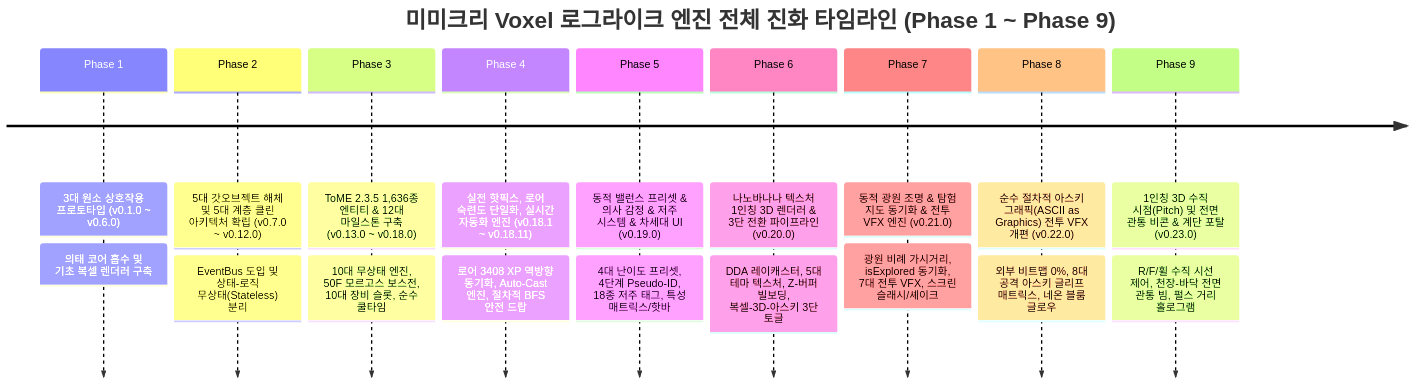
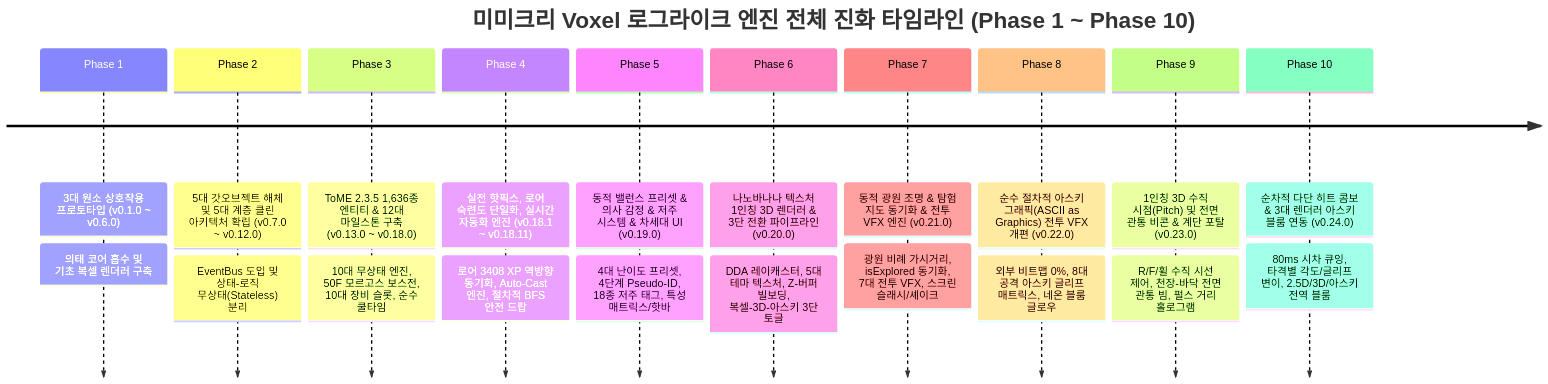
The diagram in DEVELOPMENT_LOG.md (loverspath/mimicry_voxel), drawn with Mermaid before and after one commit. The commit also changed other lines of this file and 12 other files, not shown here.

Commit message:
feat(vfx): Implement Phase 2 Physical 5-Methods & Magic 4-Categories ASCII Graphical Combat & Spell VFX Engine

````diff
--- a/DEVELOPMENT_LOG.md
+++ b/DEVELOPMENT_LOG.md
@@ -20,22 +20,24 @@
 ```mermaid
 timeline
-    title 미미크리 Voxel 로그라이크 엔진 전체 진화 타임라인 (Phase 1 ~ Phase 9)
+    title 미미크리 Voxel 로그라이크 엔진 전체 진화 타임라인 (Phase 1 ~ Phase 10)
     Phase 1 : 3대 원소 상호작용 프로토타입 (v0.1.0 ~ v0.6.0)
             : 의태 코어 흡수 및 기초 복셀 렌더러 구축
     Phase 2 : 5대 갓오브젝트 해체 및 5대 계층 클린 아키텍처 확립 (v0.7.0 ~ v0.12.0)
             : EventBus 도입 및 상태-로직 무상태(Stateless) 분리
     Phase 3 : ToME 2.3.5 1,636종 엔티티 & 12대 마일스톤 구축 (v0.13.0 ~ v0.18.0)
             : 10대 무상태 엔진, 50F 모르고스 보스전, 10대 장비 슬롯, 순수 쿨타임
     Phase 4 : 실전 핫픽스, 로어 숙련도 단일화, 실시간 자동화 엔진 (v0.18.1 ~ v0.18.11)
             : 로어 3408 XP 역방향 동기화, Auto-Cast 엔진, 절차적 BFS 안전 드랍
     Phase 5 : 동적 밸런스 프리셋 & 의사 감정 & 저주 시스템 & 차세대 UI (v0.19.0)
             : 4대 난이도 프리셋, 4단계 Pseudo-ID, 18종 저주 태그, 특성 매트릭스/핫바
     Phase 6 : 나노바나나 텍스처 1인칭 3D 렌더러 & 3단 전환 파이프라인 (v0.20.0)
             : DDA 레이캐스터, 5대 테마 텍스처, Z-버퍼 빌보딩, 복셀-3D-아스키 3단 토글
     Phase 7 : 동적 광원 조명 & 탐험 지도 동기화 & 전투 VFX 엔진 (v0.21.0)
             : 광원 비례 가시거리, isExplored 동기화, 7대 전투 VFX, 스크린 슬래시/셰이크
     Phase 8 : 순수 절차적 아스키 그래픽(ASCII as Graphics) 전투 VFX 개편 (v0.22.0)
             : 외부 비트맵 0%, 8대 공격 아스키 글리프 매트릭스, 네온 블룸 글로우
     Phase 9 : 1인칭 3D 수직 시점(Pitch) 및 전면 관통 비콘 & 계단 포탈 (v0.23.0)
             : R/F/휠 수직 시선 제어, 천장-바닥 전면 관통 빔, 펄스 거리 홀로그램
+    Phase 10: 순차적 다단 히트 콤보 & 3대 렌더러 아스키 블룸 연동 (v0.24.0)
+            : 80ms 시차 큐잉, 타격별 각도/글리프 변이, 2.5D/3D/아스키 전역 블룸
 ```
````
